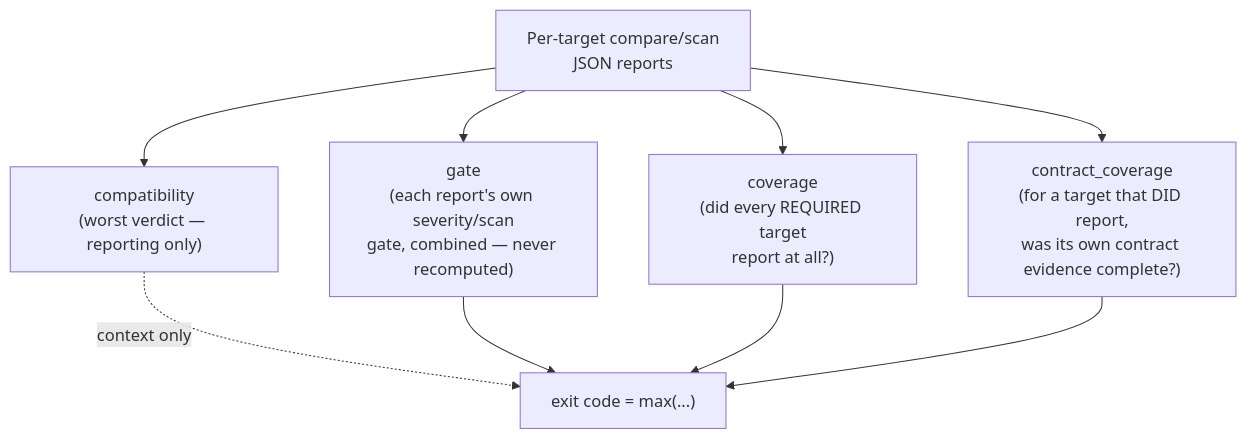
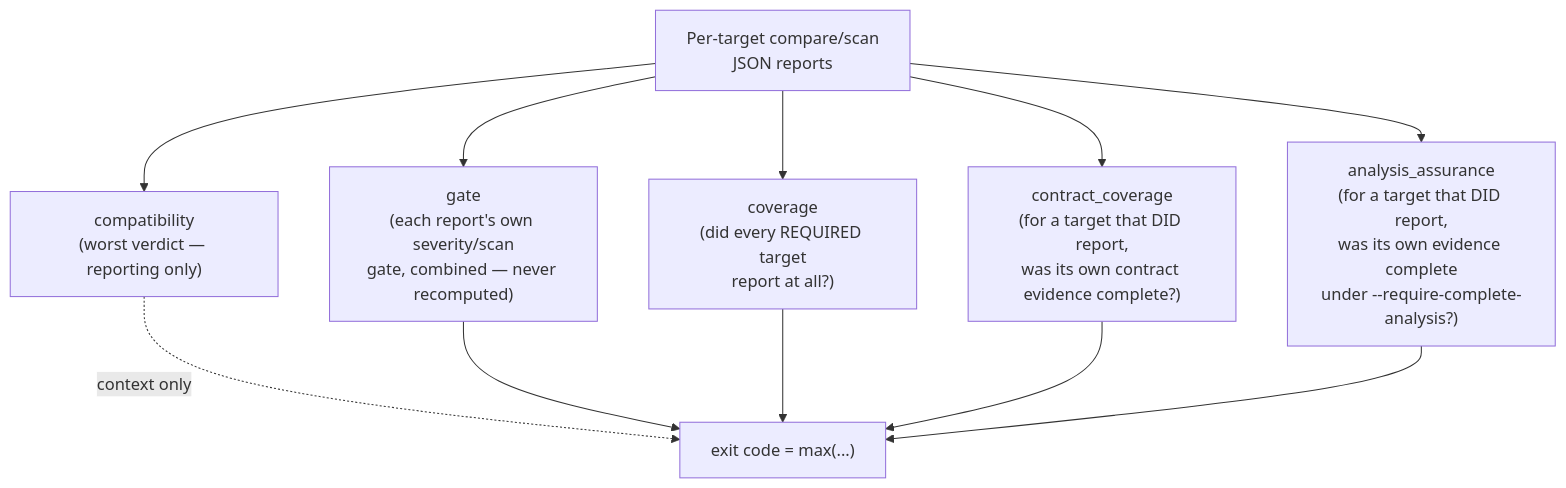
One commit to abicheck/abicheck changed the diagram in docs/use/aggregate-reports.md. Above: the diagram before and after it, drawn with Mermaid. The commit also changed other lines of this file and 40 other files, not shown here.

Commit message:
fix: P0.4 analysis-assurance parity for scan, and Action gate for both (#780)

````diff
--- a/docs/use/aggregate-reports.md
+++ b/docs/use/aggregate-reports.md
@@ -57,11 +60,13 @@
 ```mermaid
 flowchart TD
     R["Per-target compare/scan<br/>JSON reports"] --> A["compatibility<br/>(worst verdict — reporting only)"]
     R --> B["gate<br/>(each report's own severity/scan<br/>gate, combined — never recomputed)"]
     R --> C["coverage<br/>(did every REQUIRED target<br/>report at all?)"]
     R --> D["contract_coverage<br/>(for a target that DID report,<br/>was its own contract evidence complete?)"]
+    R --> F["analysis_assurance<br/>(for a target that DID report,<br/>was its own evidence complete<br/>under --require-complete-analysis?)"]
     A -.->|context only| E["exit code = max(...)"]
     B --> E
     C --> E
     D --> E
+    F --> E
 ```
````
